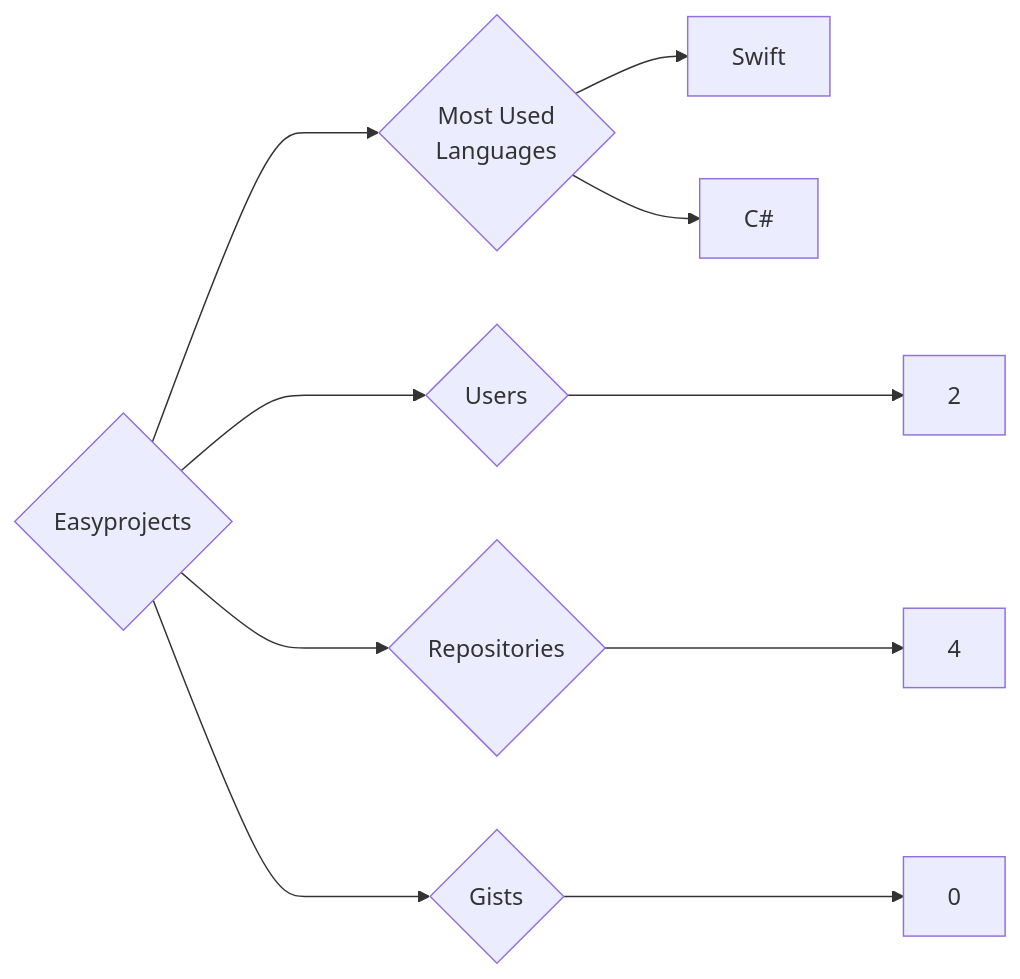
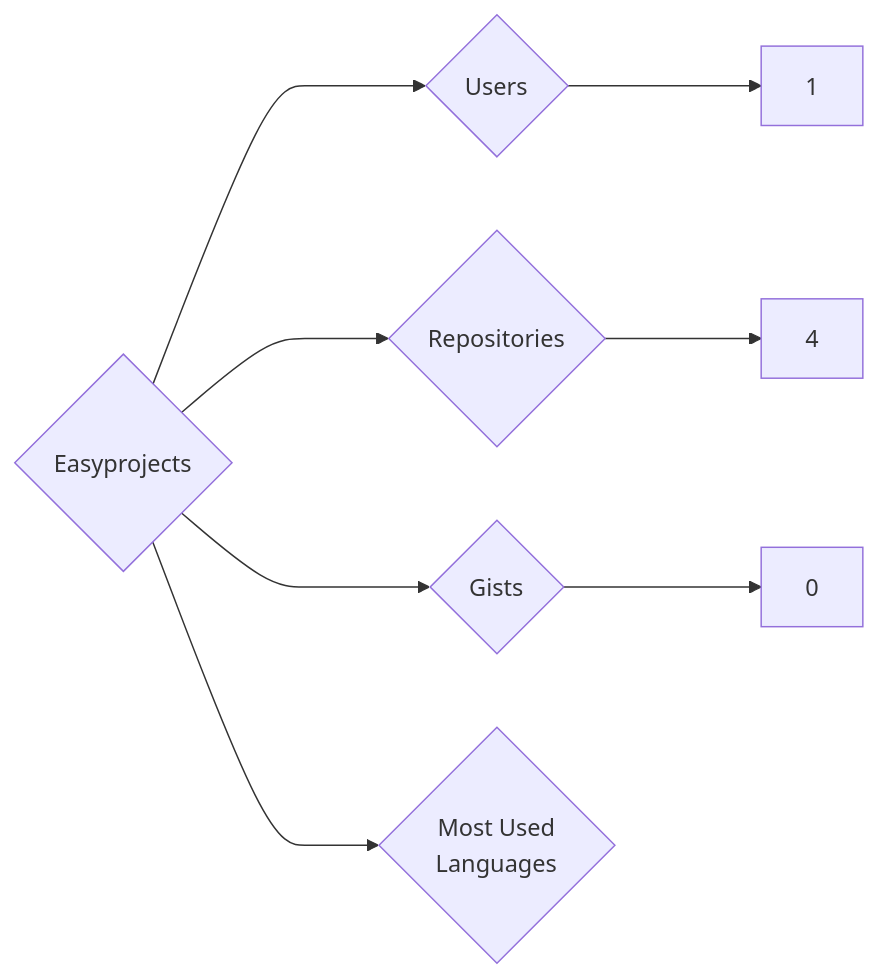
The diagram in targets/Easyprojects/README.md (trickest/insiders), drawn with Mermaid before and after one commit. The commit also changed 985 other files, not shown here.

````diff
--- a/targets/Easyprojects/README.md
+++ b/targets/Easyprojects/README.md
@@ -3,10 +3,8 @@
 ```mermaid
 graph LR
 COMPANY_NAME{Easyprojects}
-COMPANY_NAME ---> U{Users} ---> UN[2]
+COMPANY_NAME ---> U{Users} ---> UN[1]
 COMPANY_NAME ---> R{Repositories} ---> RN[4]
 COMPANY_NAME ---> G{Gists} ---> GN[0]
 COMPANY_NAME ---> ML{Most Used<br>Languages}
-ML --> Swift[Swift]
-ML --> C#[C#]
 ```
````
